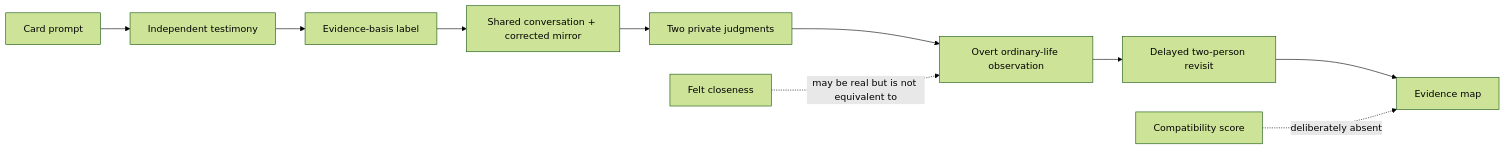
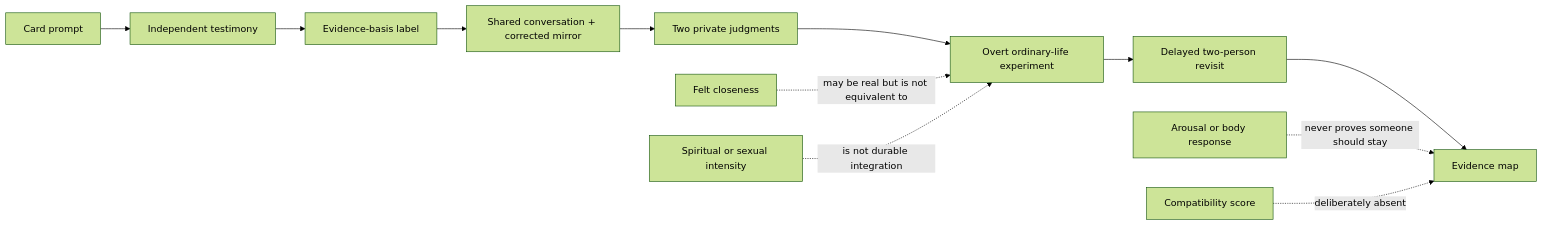
Before and after one commit to u-dont-existDOTcom/joel-articles: the second of 7 diagrams in product-architectures/love-honestly-card-game/ARCHITECTURE.md, drawn with Mermaid (forest theme). The commit also changed other lines of this file, not shown here.

Commit message:
docs: update Love Honestly architecture to v0.3.0

````diff
--- a/product-architectures/love-honestly-card-game/ARCHITECTURE.md
+++ b/product-architectures/love-honestly-card-game/ARCHITECTURE.md
@@ -69,13 +41,15 @@
 ```mermaid
 flowchart LR
     Q["Card prompt"] --> T["Independent testimony"]
     T --> E["Evidence-basis label"]
     E --> X["Shared conversation + corrected mirror"]
     X --> J["Two private judgments"]
-    J --> O["Overt ordinary-life observation"]
+    J --> O["Overt ordinary-life experiment"]
     O --> V["Delayed two-person revisit"]
     V --> M["Evidence map"]
 
     CLOSE["Felt closeness"] -. "may be real but is not equivalent to" .-> O
+    BODY["Arousal or body response"] -. "never proves someone should stay" .-> M
+    INTENSITY["Spiritual or sexual intensity"] -. "is not durable integration" .-> O
     SCORE["Compatibility score"] -. "deliberately absent" .-> M
 ```
````
